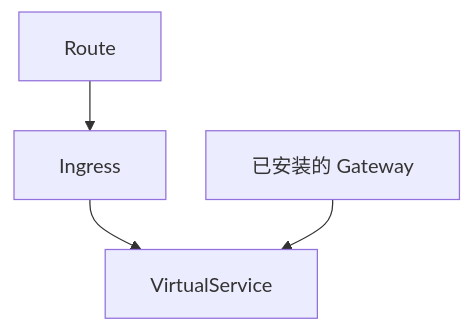
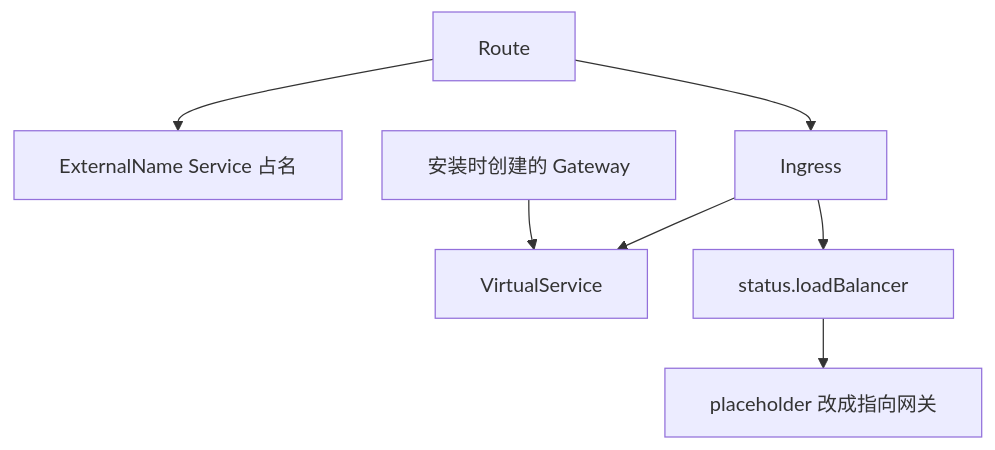
The diagram in net-istio/kingress-to-virtualservice.md (forrestIsRunning/knative-lab), drawn with Mermaid before and after one commit. The commit also changed other lines of this file and 3 other files, not shown here.

````diff
--- a/net-istio/kingress-to-virtualservice.md
+++ b/net-istio/kingress-to-virtualservice.md
@@ -23,7 +29,10 @@
 ```mermaid
 %%{init: {"htmlLabels": false, "flowchart": {"curve": "basis", "nodeSpacing": 32, "rankSpacing": 40, "padding": 18, "wrappingWidth": 800}}}%%
 flowchart TD
-  route["Route"] --> ing["Ingress"]
+  route["Route"] --> ph["ExternalName Service 占名"]
+  route --> ing["Ingress"]
   ing --> vs["VirtualService"]
-  gw["已安装的 Gateway"] --> vs
+  gw["安装时创建的 Gateway"] --> vs
+  ing --> lb["status.loadBalancer"]
+  lb --> real["placeholder 改成指向网关"]
 ```
````
